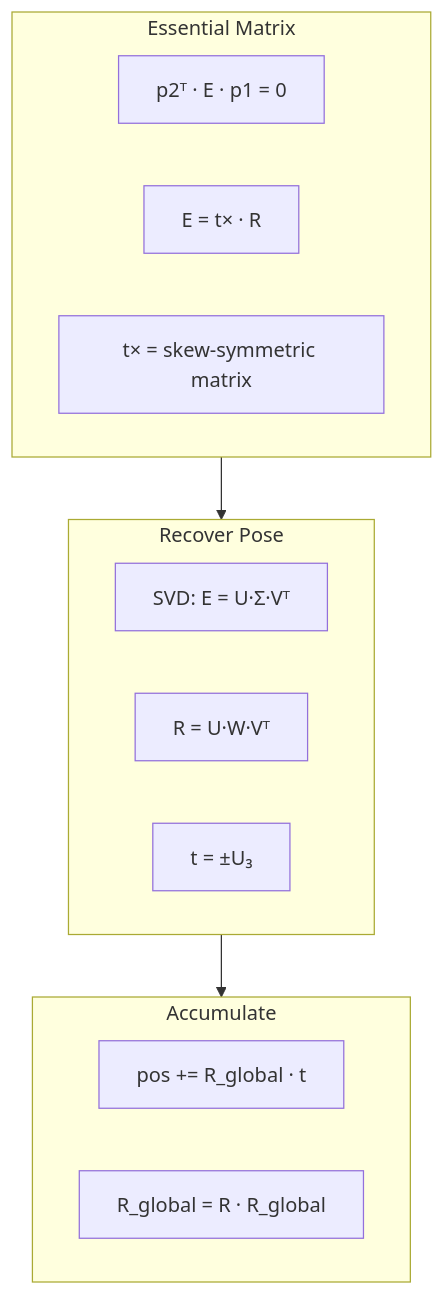
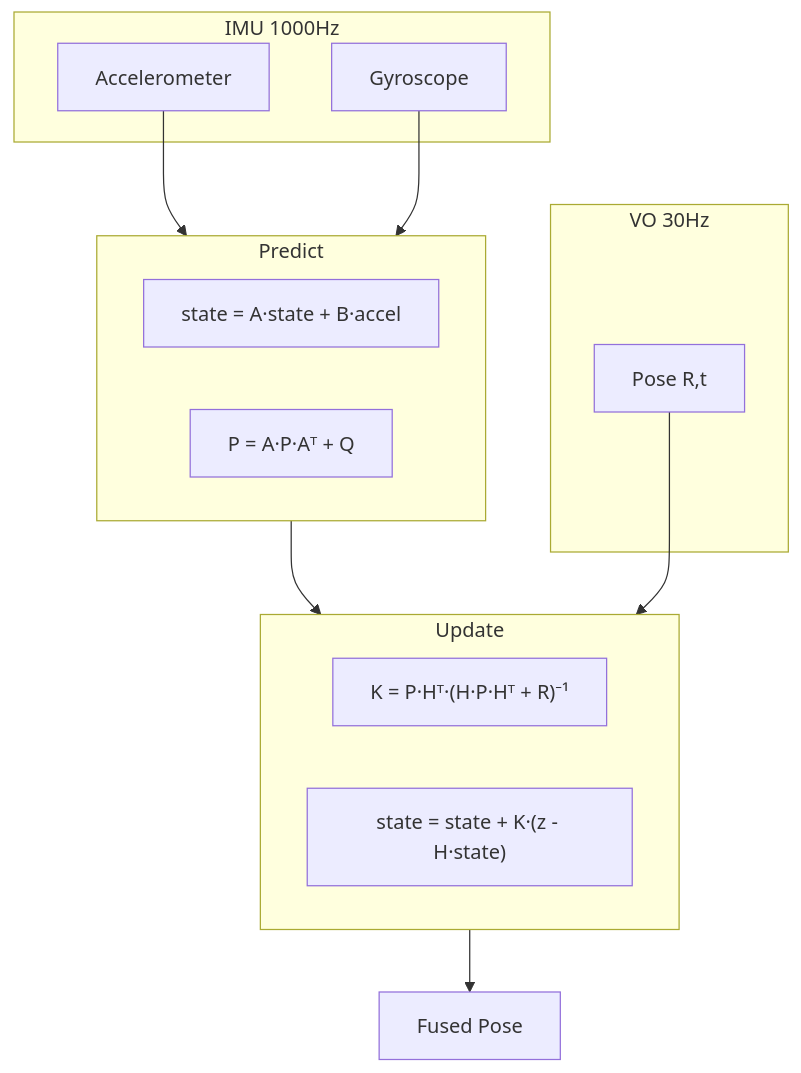
Before and after one commit to robertteleng/aria-slam: the seventh of 10 diagrams in README.md, drawn with Mermaid. The commit also changed other lines of this file and 2 other files, not shown here.

````diff
--- a/README.md
+++ b/README.md
@@ -281,21 +296,27 @@
 ```mermaid
 flowchart TD
-    subgraph EssentialMatrix["Essential Matrix"]
-        E1["p2ᵀ · E · p1 = 0"]
-        E2["E = t× · R"]
-        E3["t× = skew-symmetric matrix"]
+    subgraph IMU["IMU 1000Hz"]
+        ACC[Accelerometer]
+        GYRO[Gyroscope]
     end
     
-    subgraph RecoverPose["Recover Pose"]
-        R1["SVD: E = U·Σ·Vᵀ"]
-        R2["R = U·W·Vᵀ"]
-        R3["t = ±U₃"]
+    subgraph Predict
+        A["state = A·state + B·accel"]
+        B["P = A·P·Aᵀ + Q"]
     end
     
-    subgraph Accumulate["Accumulate"]
-        A1["pos += R_global · t"]
-        A2["R_global = R · R_global"]
+    subgraph VO["VO 30Hz"]
+        POSE[Pose R,t]
     end
     
-    EssentialMatrix --> RecoverPose --> Accumulate
+    subgraph Update
+        C["K = P·Hᵀ·(H·P·Hᵀ + R)⁻¹"]
+        D["state = state + K·(z - H·state)"]
+    end
+    
+    ACC --> Predict
+    GYRO --> Predict
+    Predict --> Update
+    POSE --> Update
+    Update --> OUTPUT[Fused Pose]
 ```
````
